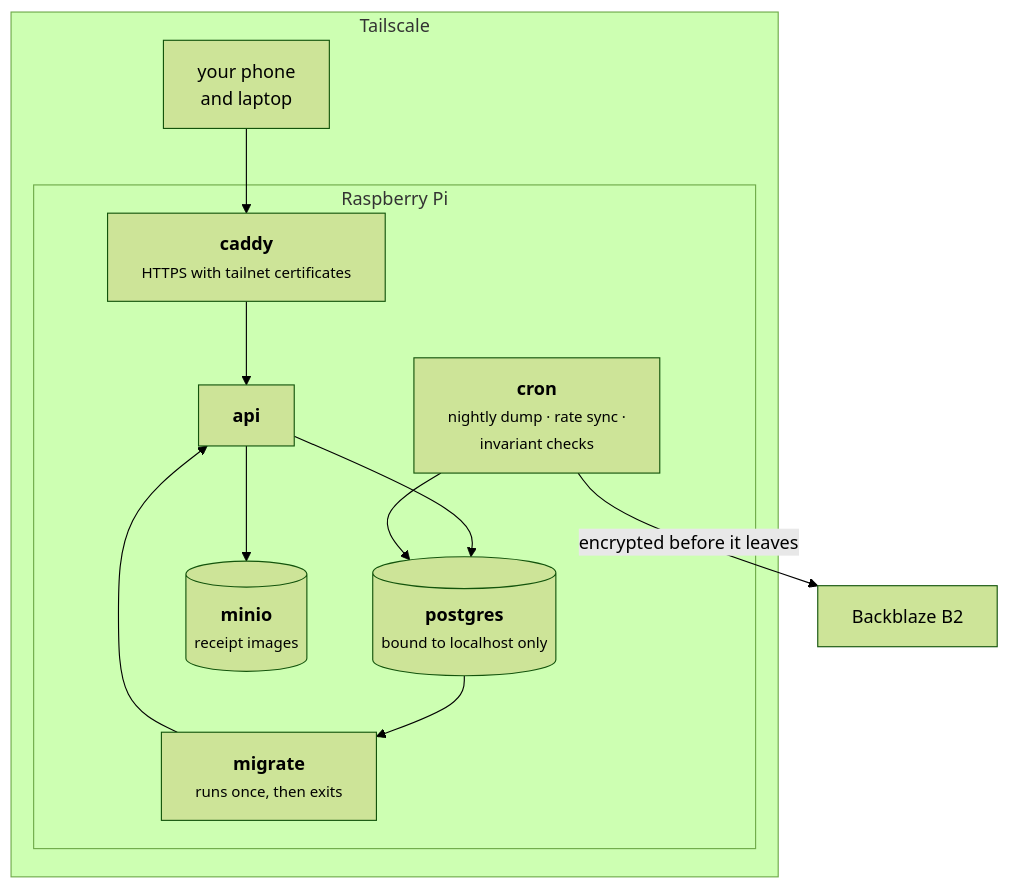
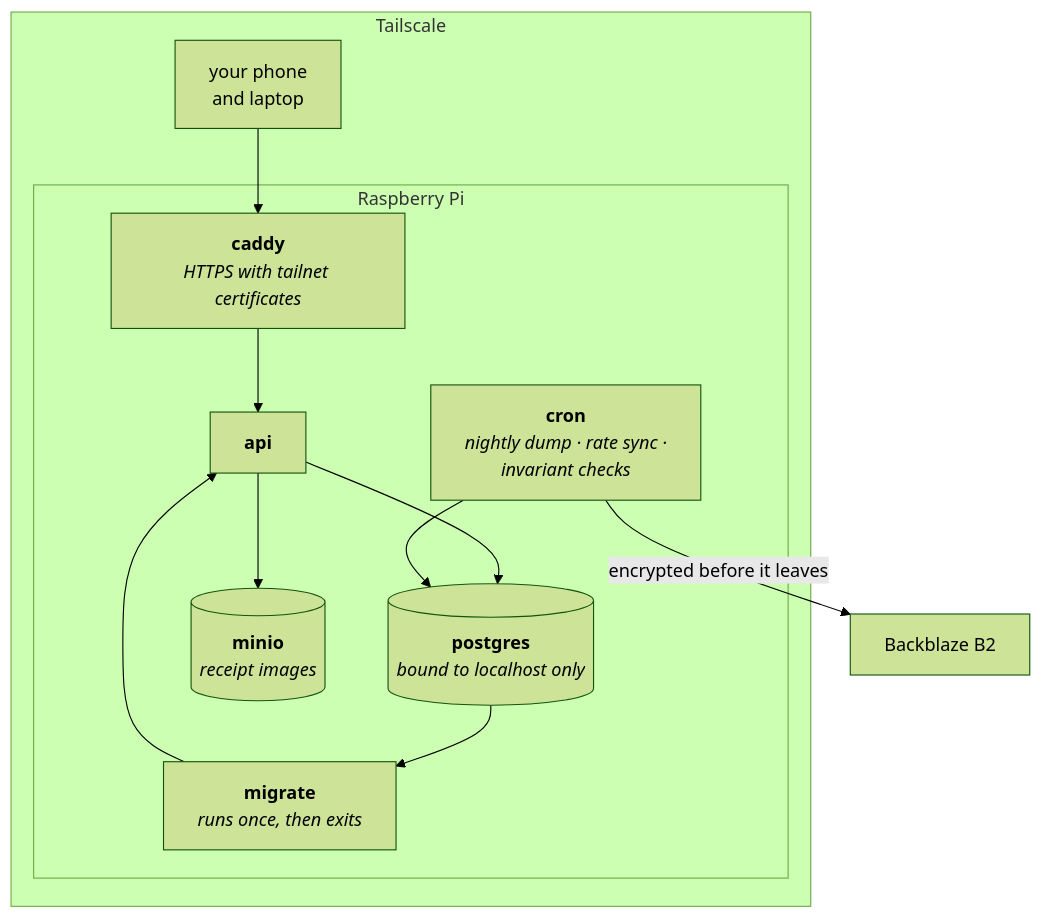
The third of 4 diagrams in docs/wiki/Getting-Started.md (VoltLightning/waltning), drawn with Mermaid (forest theme) before and after one commit. The commit also changed other lines of this file and 15 other files, not shown here.

````diff
--- a/docs/wiki/Getting-Started.md
+++ b/docs/wiki/Getting-Started.md
@@ -80,22 +80,22 @@
 ```mermaid
 graph TB
     subgraph tailnet["Tailscale"]
         DEV["your phone<br/>and laptop"]
         subgraph pi["Raspberry Pi"]
-            CADDY["<b>caddy</b><br/><small>HTTPS with tailnet certificates</small>"]
+            CADDY["<b>caddy</b><br/><i>HTTPS with tailnet certificates</i>"]
             API["<b>api</b>"]
-            MIG["<b>migrate</b><br/><small>runs once, then exits</small>"]
-            PG[("<b>postgres</b><br/><small>bound to localhost only</small>")]
-            MINIO[("<b>minio</b><br/><small>receipt images</small>")]
-            CRON["<b>cron</b><br/><small>nightly dump · rate sync ·<br/>invariant checks</small>"]
+            MIG["<b>migrate</b><br/><i>runs once, then exits</i>"]
+            PG[("<b>postgres</b><br/><i>bound to localhost only</i>")]
+            MINIO[("<b>minio</b><br/><i>receipt images</i>")]
+            CRON["<b>cron</b><br/><i>nightly dump · rate sync ·<br/>invariant checks</i>"]
         end
     end
     B2["Backblaze B2"]
 
     DEV --> CADDY --> API
     PG --> MIG --> API
     API --> PG
     API --> MINIO
     CRON --> PG
     CRON -->|"encrypted before it leaves"| B2
 ```
````
